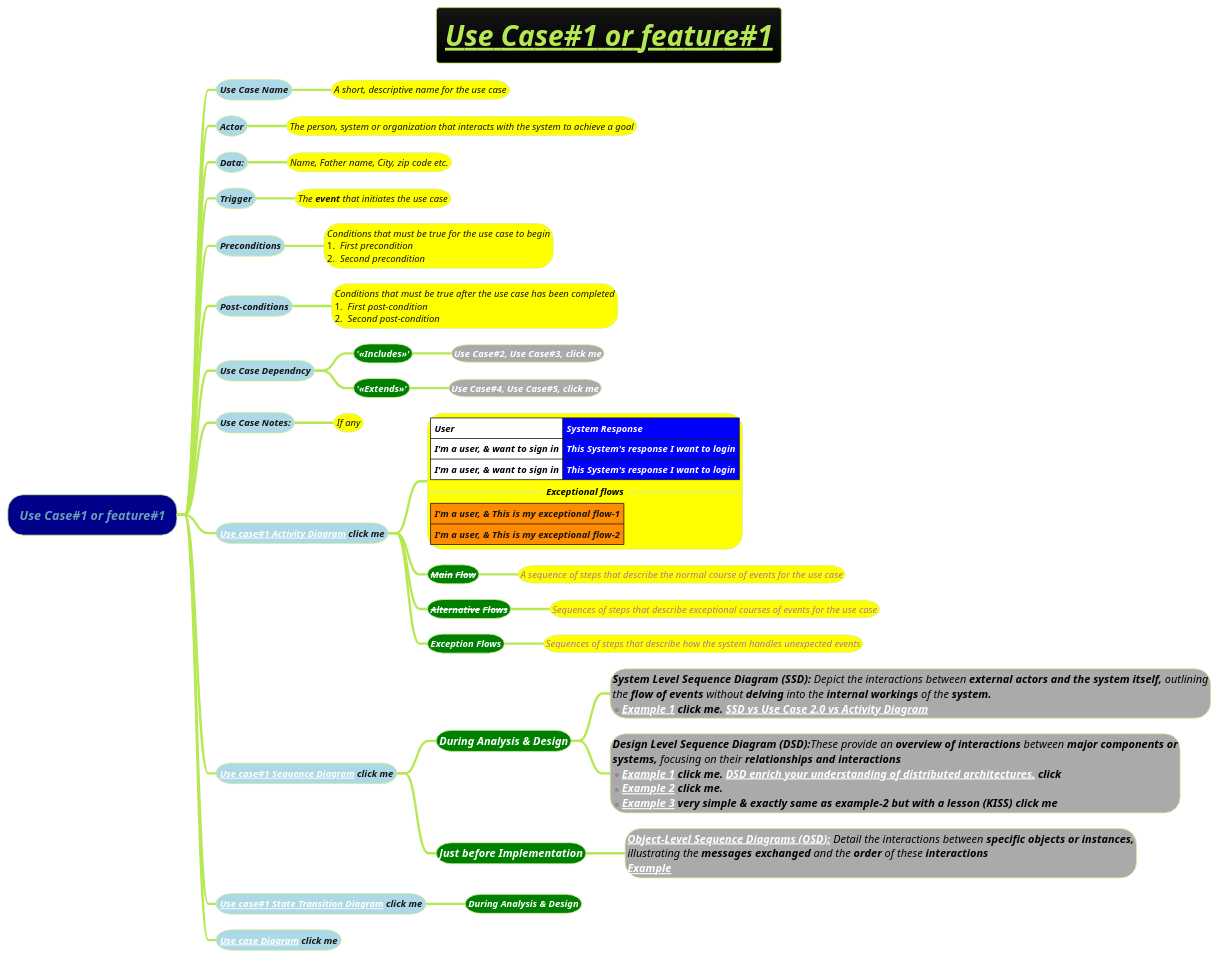
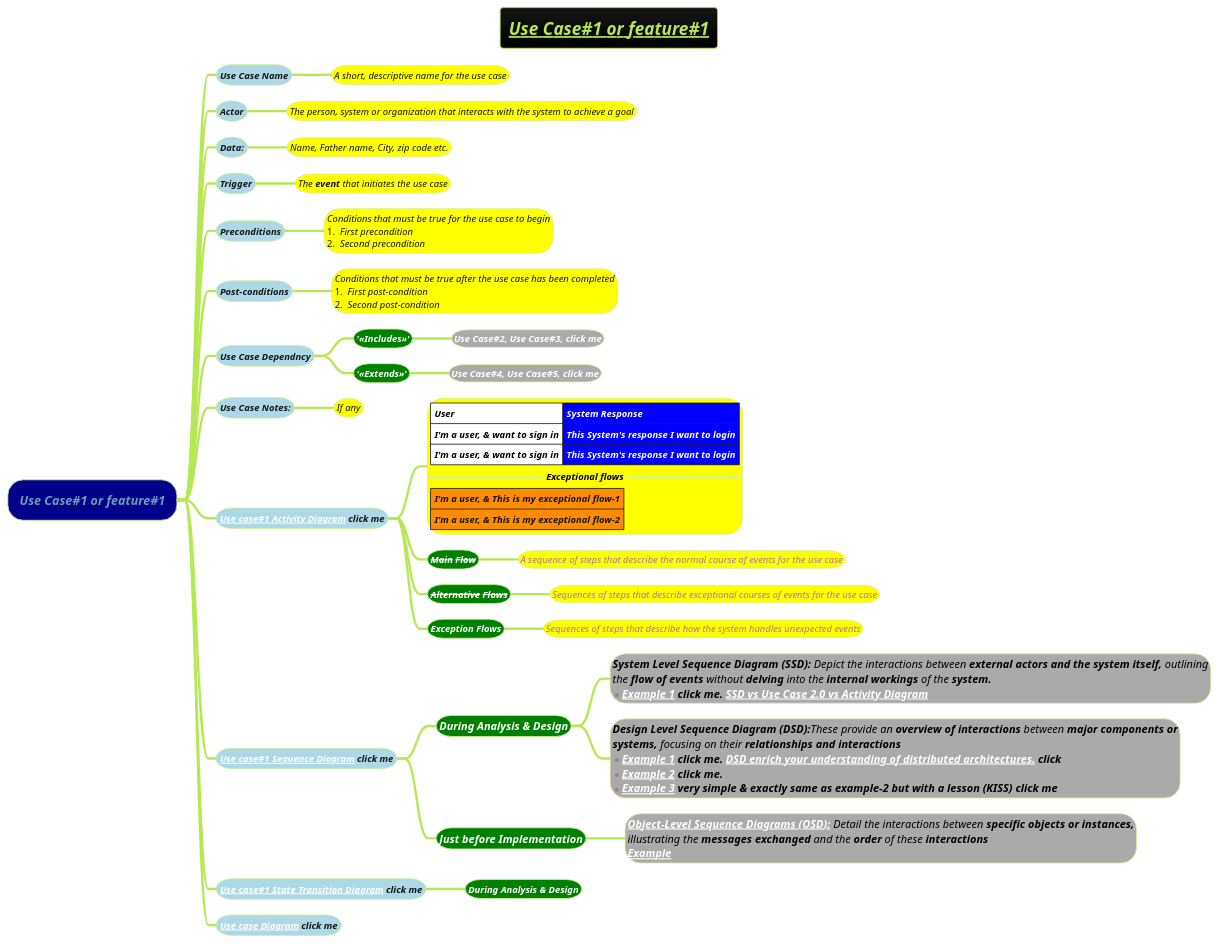
The diagram in docs/2-uml/requirements-and-design-with-plantuml/1-use-cases-or-features/use-case-1-or-feature-1.puml (MehmoodHashmi/Documentation-as-Code-DaC), drawn with PlantUML before and after one commit. The commit also changed 6 other files, not shown here.

```diff
--- a/docs/2-uml/requirements-and-design-with-plantuml/1-use-cases-or-features/use-case-1-or-feature-1.puml
+++ b/docs/2-uml/requirements-and-design-with-plantuml/1-use-cases-or-features/use-case-1-or-feature-1.puml
@@ -1,61 +1,61 @@
 @startmindmap
-title =  <b><i><u>Use Case#1 or feature#1
+title =  <b><i><u><size:18>Use Case#1 or feature#1
 !theme hacker
 
 *[#darkblue] <i>Use Case#1 or feature#1
 **[#lightblue] <i><size:12>Use Case Name
 ***[#yellow] <i><size:12>A short, descriptive name for the use case
 **[#lightblue] <i><size:12>Actor
 ***[#yellow] <i><size:12>The person, system or organization that interacts with the system to achieve a goal
 **[#lightblue] <i><size:12>Data:
 ***[#yellow] <i><size:12>Name, Father name, City, zip code etc.
 **[#lightblue] <i><size:12>Trigger
 ***[#yellow] <i><size:12>The **event** that initiates the use case
 **[#lightblue] <i><size:12>Preconditions
 ***[#yellow]:<i><size:12>Conditions that must be true for the use case to begin
 #<i><size:12> First precondition
 #<i><size:12> Second precondition;
 **[#lightblue] <i><size:12>Post-conditions
 ***[#yellow]:<i><size:12>Conditions that must be true after the use case has been completed
 #<i><size:12> First post-condition
 #<i><size:12> Second post-condition;
 **[#lightblue] <i><size:12>Use Case Dependncy
 ***[#green] <b><color #white><i><size:12>'<<Includes>>'
 ****[#a] <color #white><b><i><size:12>Use Case#2, Use Case#3, click me
 ***[#green] <b><color #white><i><size:12>'<<Extends>>'
 ****[#a] <color #white><b><i><size:12>Use Case#4, Use Case#5, click me
 **[#lightblue] <i><size:12>Use Case Notes:
 ***[#yellow] <i><size:12>If any
 **[#lightblue] <i><size:12>[[docs/2-uml/requirements-and-design-with-plantuml/activity-diagrams/use-case-1-activity.puml Use case#1 Activity Diagram]] click me
 ***[#yellow]:|<#white><color #black><i><size:12><b>User||<#blue><color #white><i><size:12><b>System Response|
 |<#white><color #black><i><size:12><b>I'm a user, & want to sign in||<#blue><color #white><i><size:12><b>This System's response I want to login|
 |<#white><color #black><i><size:12><b>I'm a user, & want to sign in||<#blue><color #white><i><size:12><b>This System's response I want to login|
 ==<color #black><i><size:12><b>Exceptional flows==
 |<#darkorange><color #Wh><i><size:12><b>I'm a user, & This is my exceptional flow-1|
 |<#darkorange><color #Wh><i><size:12><b>I'm a user, & This is my exceptional flow-2|;
 ***[#green] <color #white><b><i><size:12>--Main-- --Flow--
 ****[#yellow] <i><size:12>A sequence of steps that describe the normal course of events for the use case
 ***[#green] <color #white><b><i><size:12>--Alternative-- --Flows--
 ****[#yellow] <i><size:12>Sequences of steps that describe exceptional courses of events for the use case
 ***[#green] <color #white><b><i><size:12>Exception Flows
 ****[#yellow] <i><size:12>Sequences of steps that describe how the system handles unexpected events
 **[#lightblue] <i><size:12>[[docs/2-uml/requirements-and-design-with-plantuml/sequence-diagrams/use-case-1-sequence.puml Use case#1 Sequence Diagram]] click me
 ***[#green] <color #white><b><i><size:14>During Analysis & Design
 ****[#a]:<color #black><i><size:14><b>System Level Sequence Diagram (SSD):</b> Depict the interactions between **external actors and the system itself,** outlining
 <i><size:14><color #black>the **flow of events** without **delving** into the **internal workings** of the <b>system.
 *<i><size:14><color #black><b>[[docs/2-uml/PlantUML/sequence-diagram/images/img_2.png Example 1]] click me. [[docs/2-uml/PlantUML/sequence-diagram/images/img_12.png SSD vs Use Case 2.0 vs Activity Diagram]];
 
 ****[#a]:<color #black><i><size:14><b>Design Level Sequence Diagram (DSD):</b>These provide an **overview of interactions** between <b>major components or
 <i><size:14><color #black>**systems,** focusing on their <b>relationships and interactions
 *<i><size:14><color #black><b>[[docs/2-uml/PlantUML/sequence-diagram/AWS-sequence-diagram.puml Example 1]] click me. [[https://aws.amazon.com/blogs/architecture/sequence-diagrams-enrich-your-understanding-of-distributed-architectures/ DSD enrich your understanding of distributed architectures.]] click
 *<i><size:14><color #black><b>[[docs/2-uml/PlantUML/sequence-diagram/AWS-sequence-diagram1.puml Example 2]] click me.
 *<i><size:14><color #black><b>[[docs/2-uml/PlantUML/sequence-diagram/AWS-sequence-diagram2.puml Example 3]] very simple & exactly same as example-2 but with a lesson (KISS) click me;
 ***[#green] <color #white><b><i><size:14>Just before Implementation
 ****[#a]:<color #black><i><size:14><b>[[docs/2-uml/PlantUML/sequence-diagram/images/img_12.png Object-Level Sequence Diagrams (OSD):]]</b> Detail the interactions between **specific objects or instances,**
 <i><size:14><color #black>illustrating the **messages exchanged** and the **order** of these <b>interactions
 <i><size:14><color #black><b>[[docs/2-uml/PlantUML/sequence-diagram/images/img_12.png Example]];
 **[#lightblue] <i><size:12>[[docs/2-uml/requirements-and-design-with-plantuml/state-transition-diagrams/use-case-1-state-transition.puml Use case#1 State Transition Diagram]] click me
 ***[#green] <color #white><b><i><size:12>During Analysis & Design
 **[#lightblue] <i><size:12>[[docs/2-uml/requirements-and-design-with-plantuml/0-use-case-diagrams/Tomplot-Use-Case-diagram.puml Use case Diagram]] click me
 
 @endmindmap
```
